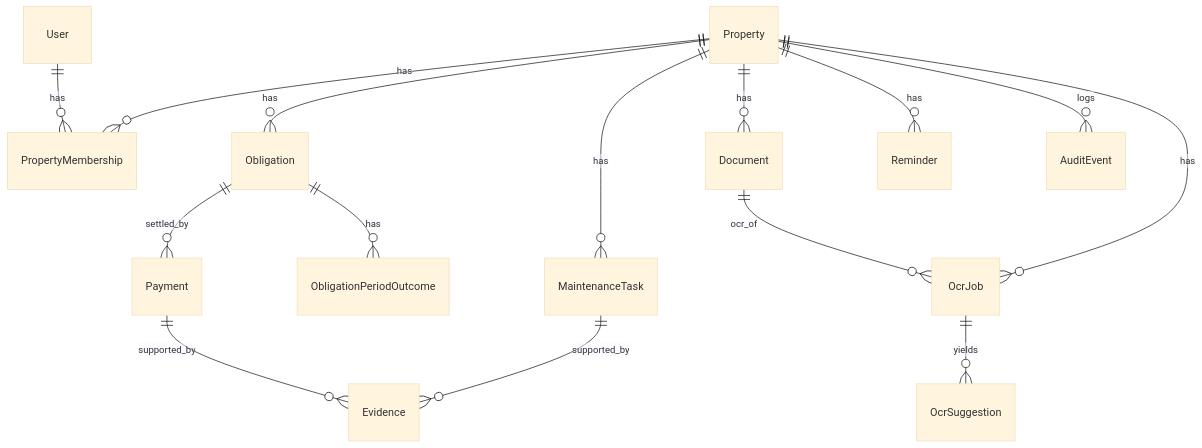
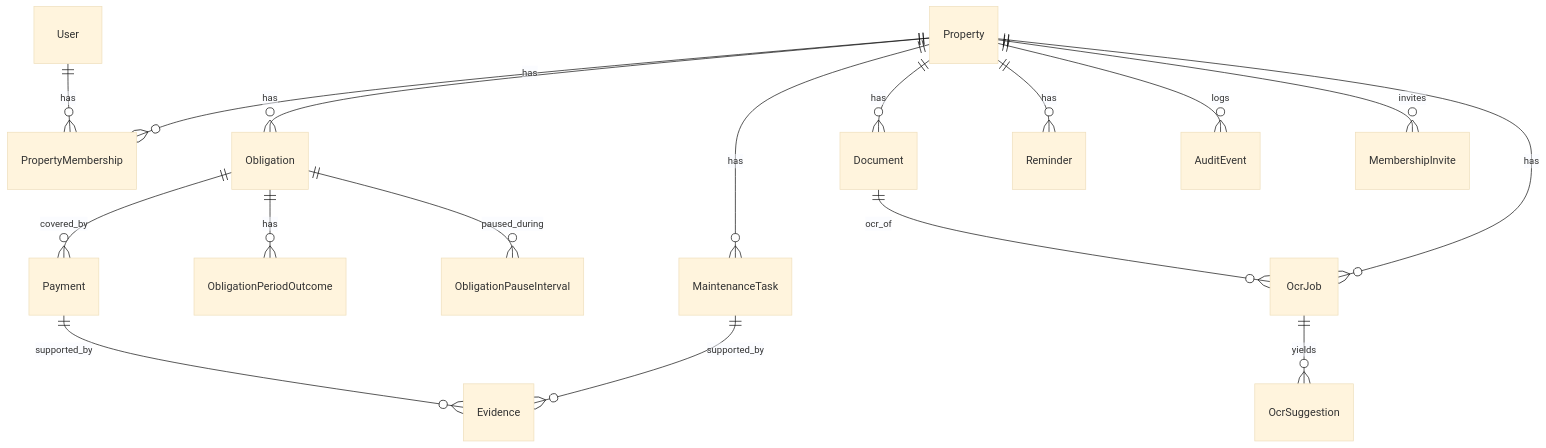
One commit to VahagnCh/property-control changed the diagram in docs/DATA-MODEL.md. Above: the diagram before and after it, drawn with Mermaid (base theme). The commit also changed other lines of this file and 22 other files, not shown here.

````diff
--- a/docs/DATA-MODEL.md
+++ b/docs/DATA-MODEL.md
@@ -9,17 +9,19 @@
 ```mermaid
 erDiagram
   User ||--o{ PropertyMembership : has
   Property ||--o{ PropertyMembership : has
   Property ||--o{ Obligation : has
   Property ||--o{ MaintenanceTask : has
   Property ||--o{ Document : has
   Property ||--o{ Reminder : has
   Property ||--o{ AuditEvent : logs
-  Obligation ||--o{ Payment : settled_by
+  Obligation ||--o{ Payment : covered_by
   Obligation ||--o{ ObligationPeriodOutcome : has
+  Obligation ||--o{ ObligationPauseInterval : paused_during
+  Property ||--o{ MembershipInvite : invites
   Payment ||--o{ Evidence : supported_by
   MaintenanceTask ||--o{ Evidence : supported_by
   Property ||--o{ OcrJob : has
   Document ||--o{ OcrJob : ocr_of
   OcrJob ||--o{ OcrSuggestion : yields
 ```
````
